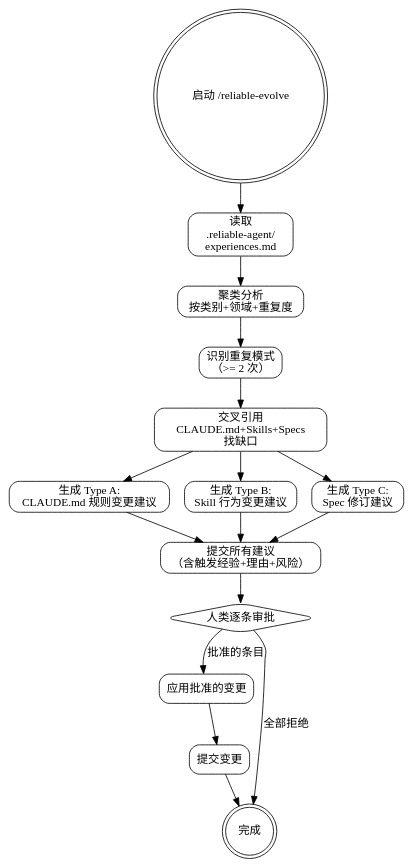
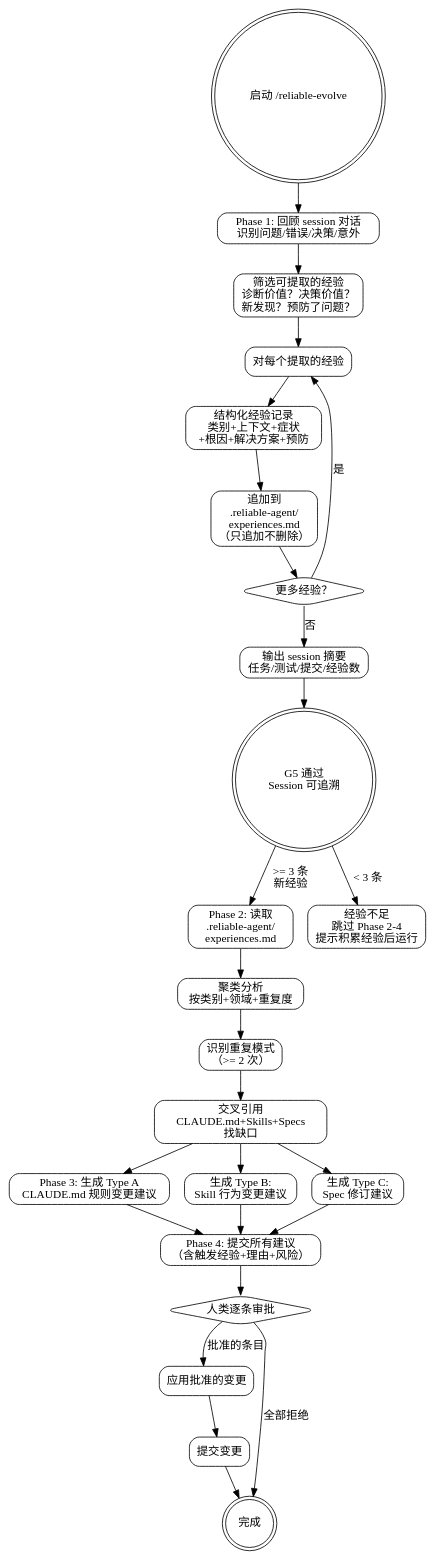
One commit to sueichen/reliable-agent changed the diagram in skills/reliable-evolve/SKILL.md. Above: the diagram before and after it, drawn with Graphviz. The commit also changed other lines of this file and 17 other files, not shown here.

First line of the commit message:
refactor: merge reliable-session-retro into reliable-evolve

````diff
--- a/skills/reliable-evolve/SKILL.md
+++ b/skills/reliable-evolve/SKILL.md
@@ -27,36 +32,62 @@
 ```dot
 digraph reliable_evolve {
     rankdir=TB;
     node [shape=box, style=rounded];
 
     start [label="启动 /reliable-evolve", shape=doublecircle];
-    load [label="读取\n.reliable-agent/\nexperiences.md"];
+
+    /* Phase 1: Session Retro — 经验提取 */
+    review [label="Phase 1: 回顾 session 对话\n识别问题/错误/决策/意外"];
+    filter [label="筛选可提取的经验\n诊断价值？决策价值？\n新发现？预防了问题？"];
+    for_each [label="对每个提取的经验"];
+    structure [label="结构化经验记录\n类别+上下文+症状\n+根因+解决方案+预防"];
+    append [label="追加到\n.reliable-agent/\nexperiences.md\n（只追加不删除）"];
+    more [label="更多经验？", shape=diamond];
+    session_summary [label="输出 session 摘要\n任务/测试/提交/经验数"];
+    g5 [label="G5 通过\nSession 可追溯", shape=doublecircle];
+
+    /* Phase 2-4: Evolve — 经验分析 */
+    load [label="Phase 2: 读取\n.reliable-agent/\nexperiences.md"];
     cluster [label="聚类分析\n按类别+领域+重复度"];
     identify [label="识别重复模式\n（>= 2 次）"];
     cross_ref [label="交叉引用\nCLAUDE.md+Skills+Specs\n找缺口"];
-    gen_a [label="生成 Type A:\nCLAUDE.md 规则变更建议"];
+    gen_a [label="Phase 3: 生成 Type A\nCLAUDE.md 规则变更建议"];
     gen_b [label="生成 Type B:\nSkill 行为变更建议"];
     gen_c [label="生成 Type C:\nSpec 修订建议"];
-    present [label="提交所有建议\n（含触发经验+理由+风险）"];
+    present [label="Phase 4: 提交所有建议\n（含触发经验+理由+风险）"];
     human_review [label="人类逐条审批", shape=diamond];
     apply [label="应用批准的变更"];
     commit [label="提交变更"];
     done [label="完成", shape=doublecircle];
+    skip_evolve [label="经验不足\n跳过 Phase 2-4\n提示积累经验后运行"];
 
-    start -> load;
+    start -> review;
+    review -> filter;
+    filter -> for_each;
+    for_each -> structure;
+    structure -> append;
+    append -> more;
+    more -> for_each [label="是"];
+    more -> session_summary [label="否"];
+    session_summary -> g5;
+
+    /* G5 must pass before proceed */
+    g5 -> load [label=">= 3 条\n新经验"];
+    g5 -> skip_evolve [label="< 3 条"];
+
     load -> cluster;
     cluster -> identify;
     identify -> cross_ref;
     cross_ref -> gen_a;
     cross_ref -> gen_b;
     cross_ref -> gen_c;
     gen_a -> present;
     gen_b -> present;
     gen_c -> present;
     present -> human_review;
     human_review -> apply [label="批准的条目"];
     human_review -> done [label="全部拒绝"];
     apply -> commit;
     commit -> done;
 }
 ```
````
